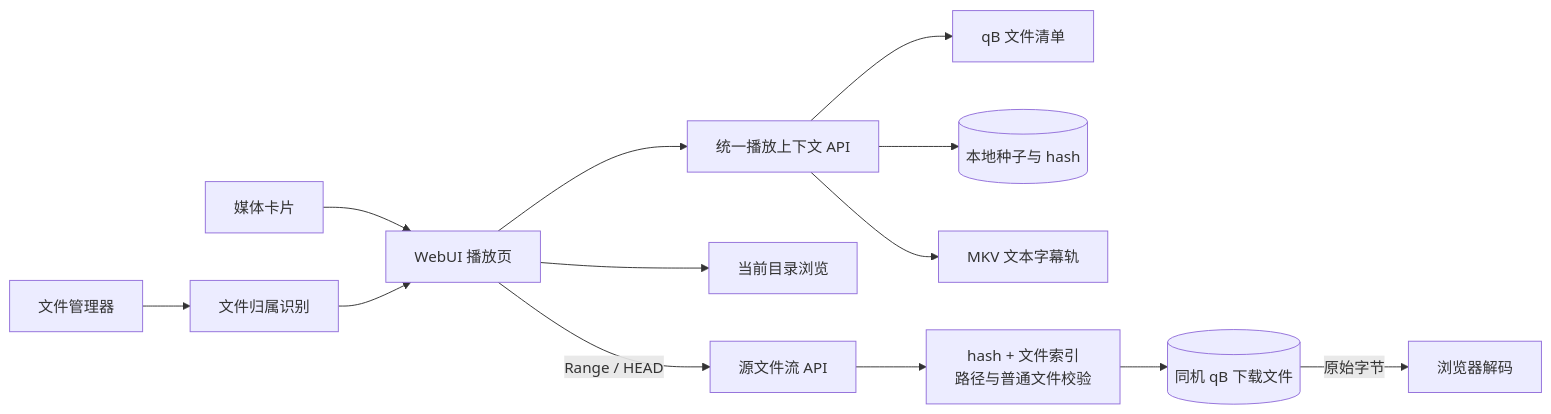
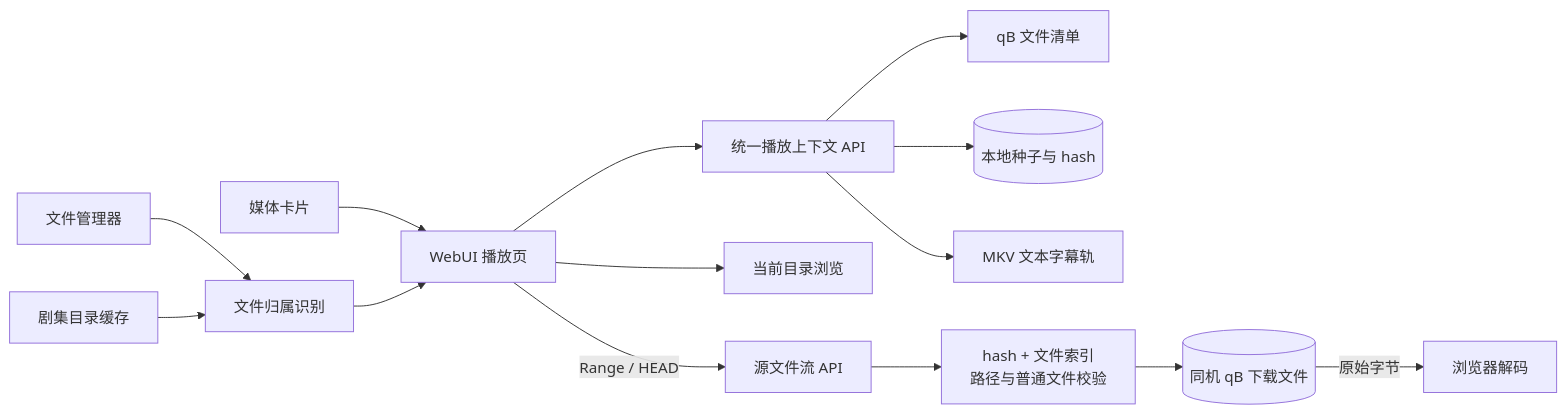
Before and after one commit to Huffer342-WSH/NexusBridge: the seventh of 8 diagrams in docs/architecture.md, drawn with Mermaid. The commit also changed other lines of this file and 25 other files, not shown here.

````diff
--- a/docs/architecture.md
+++ b/docs/architecture.md
@@ -241,15 +241,16 @@
 ```mermaid
 flowchart LR
     Card[媒体卡片] --> Playback[WebUI 播放页]
     Files[文件管理器] --> Detect[文件归属识别]
+    Series[剧集目录缓存] --> Detect
     Detect --> Playback
     Playback --> Manifest[统一播放上下文 API]
     Manifest --> QB[qB 文件清单]
     Manifest --> Catalog[(本地种子与 hash)]
     Playback --> Browse[当前目录浏览]
     Manifest --> Subtitle[MKV 文本字幕轨]
     Playback -->|Range / HEAD| Stream[源文件流 API]
     Stream --> Validate[hash + 文件索引<br/>路径与普通文件校验]
     Validate --> LocalFile[(同机 qB 下载文件)]
     LocalFile -->|原始字节| Browser[浏览器解码]
 ```
````
